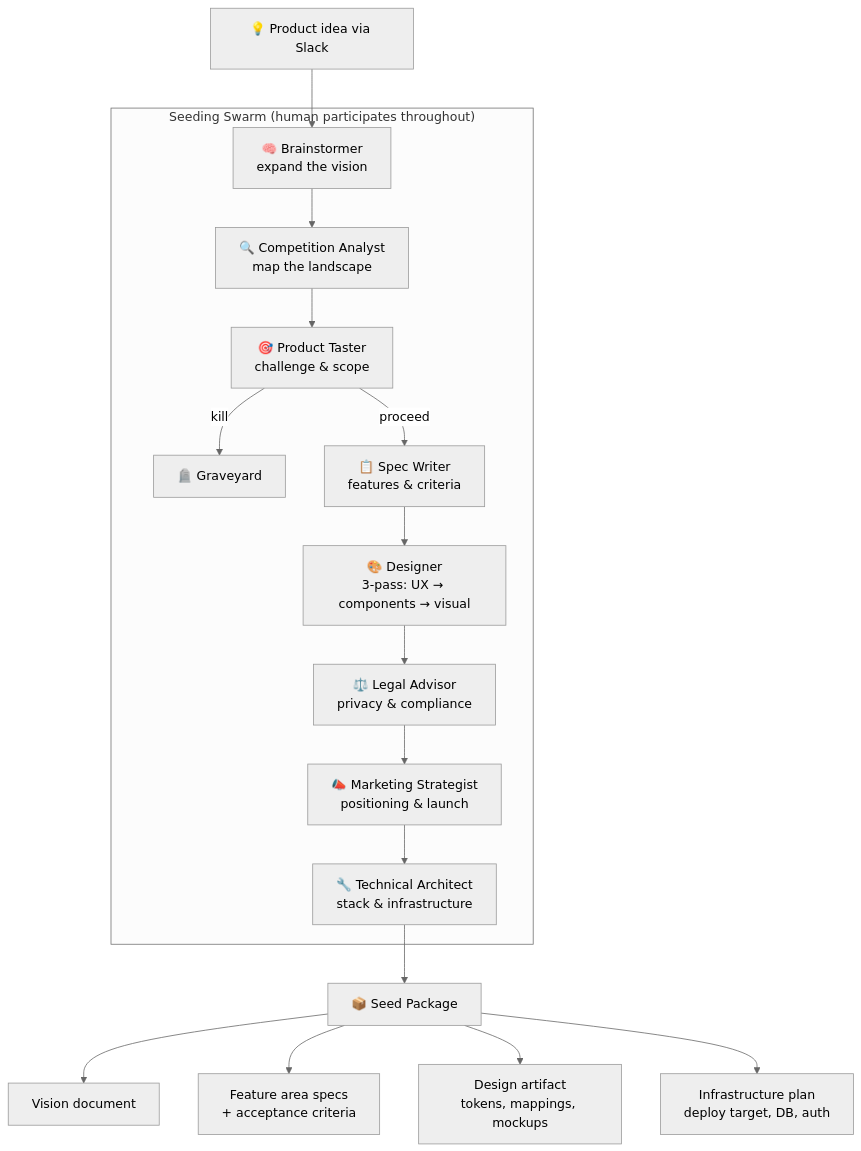
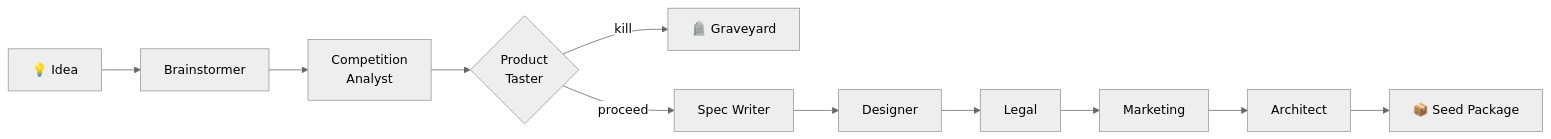
Before and after one commit to gregario/the-rouge: the first of 4 diagrams in docs/how-rouge-works.md, drawn with Mermaid (neutral theme). The commit also changed other lines of this file, not shown here.

Commit message:
docs: fix Spec diagram — LR layout, cleaner labels, table for personas

````diff
--- a/docs/how-rouge-works.md
+++ b/docs/how-rouge-works.md
@@ -19,22 +19,13 @@
 ```mermaid
-flowchart TB
-    IDEA[💡 Product idea via Slack] --> BS
-
-    subgraph "Seeding Swarm (human participates throughout)"
-        BS[🧠 Brainstormer<br/>expand the vision] --> CA[🔍 Competition Analyst<br/>map the landscape]
-        CA --> PT[🎯 Product Taster<br/>challenge & scope]
-        PT -->|kill| GY[🪦 Graveyard]
-        PT -->|proceed| SW[📋 Spec Writer<br/>features & criteria]
-        SW --> DS[🎨 Designer<br/>3-pass: UX → components → visual]
-        DS --> LA[⚖️ Legal Advisor<br/>privacy & compliance]
-        LA --> MS[📣 Marketing Strategist<br/>positioning & launch]
-        MS --> TA[🔧 Technical Architect<br/>stack & infrastructure]
-    end
-
+flowchart LR
+    IDEA[💡 Idea] --> BS[Brainstormer]
+    BS --> CA[Competition<br/>Analyst]
+    CA --> PT{Product<br/>Taster}
+    PT -->|kill| GY[🪦 Graveyard]
+    PT -->|proceed| SW[Spec Writer]
+    SW --> DS[Designer]
+    DS --> LA[Legal]
+    LA --> MS[Marketing]
+    MS --> TA[Architect]
     TA --> SP[📦 Seed Package]
-
-    SP --> V[Vision document]
-    SP --> FS[Feature area specs<br/>+ acceptance criteria]
-    SP --> DA[Design artifact<br/>tokens, mappings, mockups]
-    SP --> IP[Infrastructure plan<br/>deploy target, DB, auth]
 ```
````
